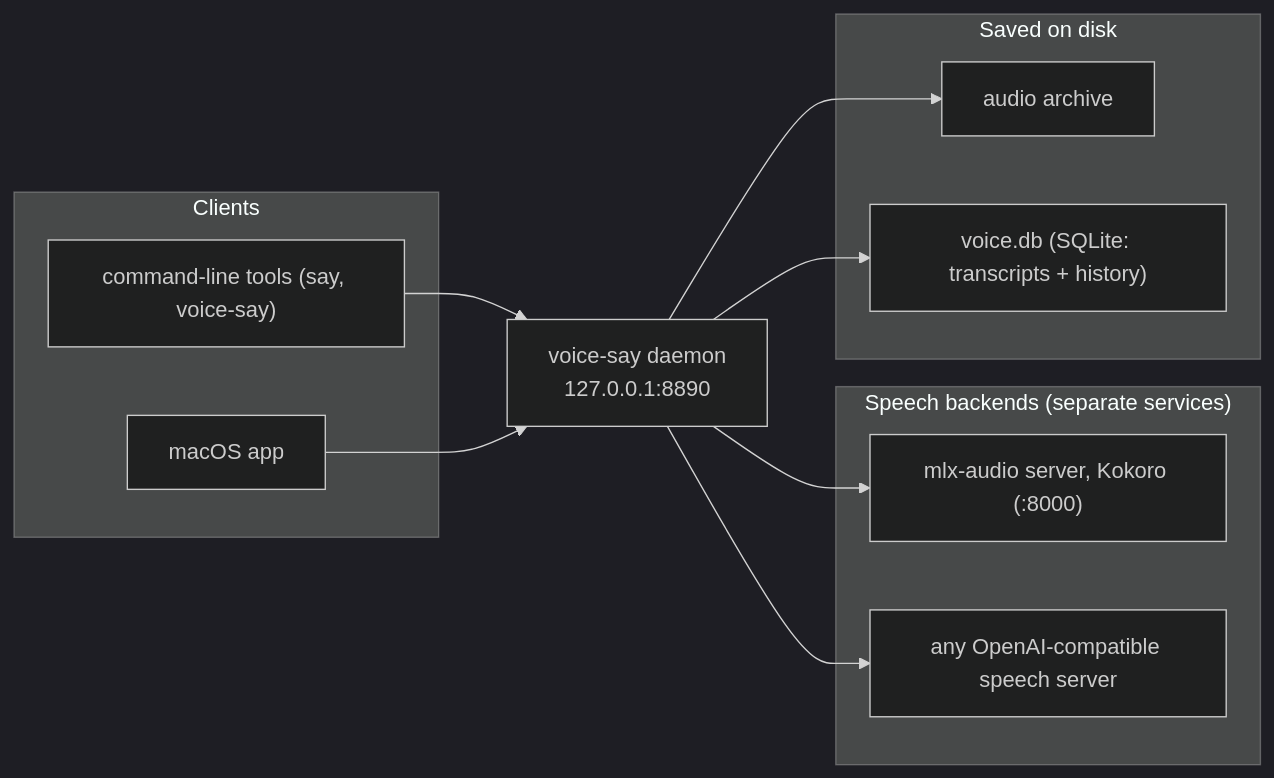
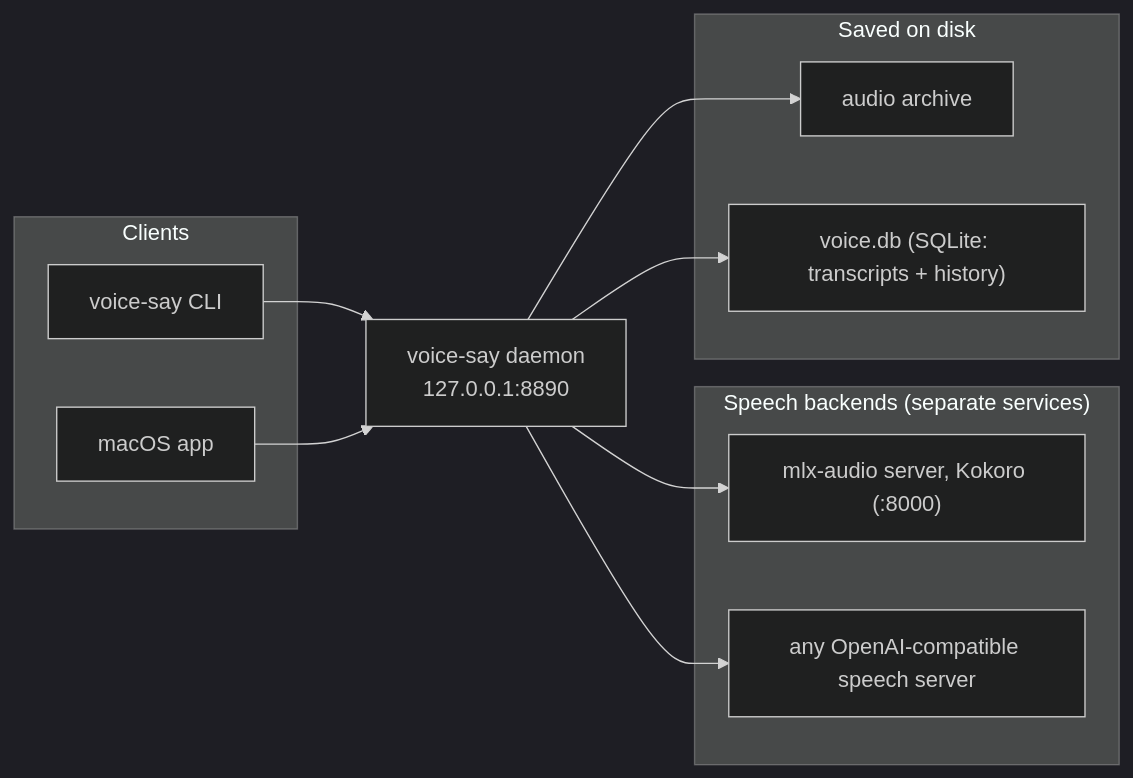
One commit to quillrun/voice-say changed the diagram in docs/product/overview.md. Above: the diagram before and after it, drawn with Mermaid (dark theme). The commit also changed other lines of this file and 107 other files, not shown here.

First line of the commit message:
voice-say 2.0.1

````diff
--- a/docs/product/overview.md
+++ b/docs/product/overview.md
@@ -41,28 +41,28 @@
 ```mermaid
 flowchart LR
     subgraph Clients
-        CLI["command-line tools (say, voice-say)"]
+        CLI["voice-say CLI"]
         APP["macOS app"]
     end
 
     DAEMON["voice-say daemon<br/>127.0.0.1:8890"]
 
     subgraph Backends["Speech backends (separate services)"]
         KOKORO["mlx-audio server, Kokoro (:8000)"]
         OTHER["any OpenAI-compatible speech server"]
     end
 
     subgraph Artefacts["Saved on disk"]
         AUDIO["audio archive"]
         DB["voice.db (SQLite: transcripts + history)"]
     end
 
     CLI --> DAEMON
     APP --> DAEMON
 
     DAEMON --> KOKORO
     DAEMON --> OTHER
 
     DAEMON --> AUDIO
     DAEMON --> DB
 ```
````
